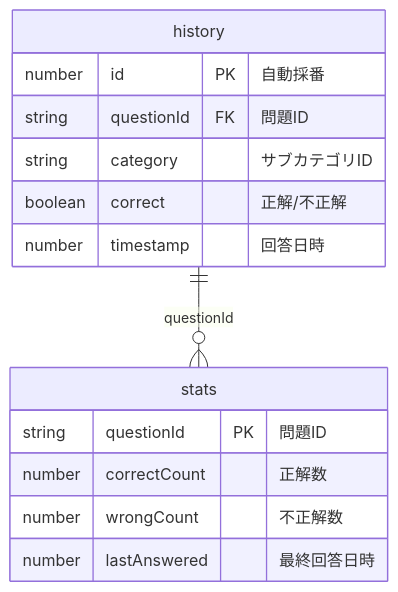
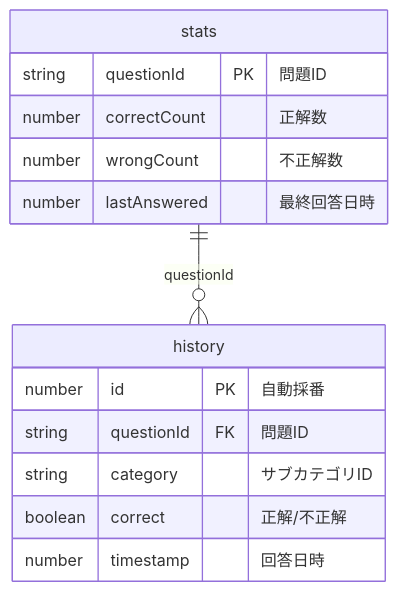
Before and after one commit to DIO0550/word-drill: the first of 2 diagrams in docs/data-persistence-spec.md, drawn with Mermaid. The commit also changed other lines of this file and 4 other files, not shown here.

````diff
--- a/docs/data-persistence-spec.md
+++ b/docs/data-persistence-spec.md
@@ -64,17 +64,17 @@
 ```mermaid
 erDiagram
-    history ||--o{ stats : "questionId"
+    stats ||--o{ history : "questionId"
     history {
         number id PK "自動採番"
         string questionId FK "問題ID"
         string category "サブカテゴリID"
         boolean correct "正解/不正解"
         number timestamp "回答日時"
     }
     stats {
         string questionId PK "問題ID"
         number correctCount "正解数"
         number wrongCount "不正解数"
         number lastAnswered "最終回答日時"
     }
 ```
````
